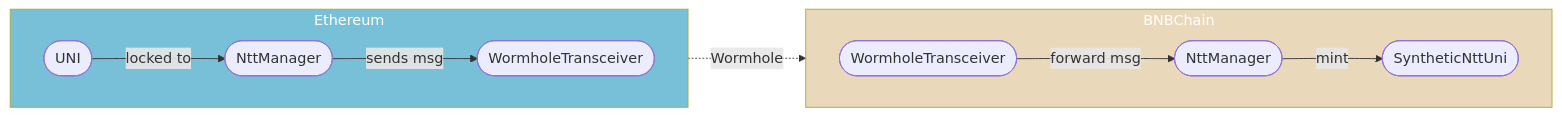
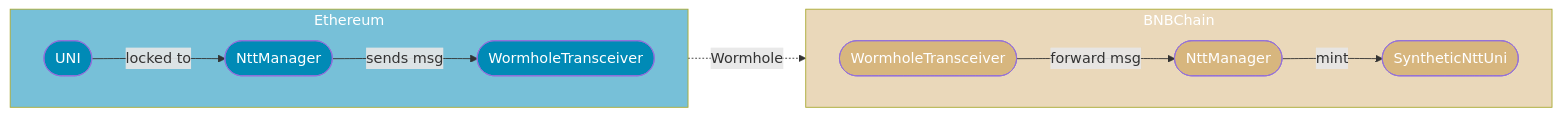
One commit to Uniswap/protocol-fees changed the second of 4 diagrams in script/proposal-4/Index.md. Above: the diagram before and after it, drawn with Mermaid. The commit also changed other lines of this file and 3 other files, not shown here.

````diff
--- a/script/proposal-4/Index.md
+++ b/script/proposal-4/Index.md
@@ -83,26 +105,28 @@
 ```mermaid
 flowchart LR
-    ETH_WT([WormholeTransceiver])
-    ETH_NTT([NttManager])
-    ETH_UNI([UNI])
-    BNB_WT([WormholeTransceiver])
-    BNB_NTT([NttManager])
-    BNB_UNI([SyntheticNttUni])
+    ETH_WT([WormholeTransceiver]):::on_eth
+    ETH_NTT([NttManager]):::on_eth
+    ETH_UNI([UNI]):::on_eth
+    BNB_WT([WormholeTransceiver]):::on_bnb
+    BNB_NTT([NttManager]):::on_bnb
+    BNB_UNI([SyntheticNttUni]):::on_bnb
 
     subgraph Ethereum
         direction LR
         ETH_UNI -->|locked to| ETH_NTT
         ETH_NTT -->|sends msg| ETH_WT
     end
 
     Ethereum:::eth -.->|Wormhole| BNBChain:::bnb
 
     subgraph BNBChain
         direction LR
         BNB_WT -->|forward msg| BNB_NTT
         BNB_NTT -->|mint| BNB_UNI
     end
 
     classDef bnb fill:#d7b67e88,color:#fff
+    classDef on_bnb fill:#d7b67e,color:#fff
     classDef eth fill:#008ab688,color:#fff
+    classDef on_eth fill:#008ab6,color:#fff
 ```
````
